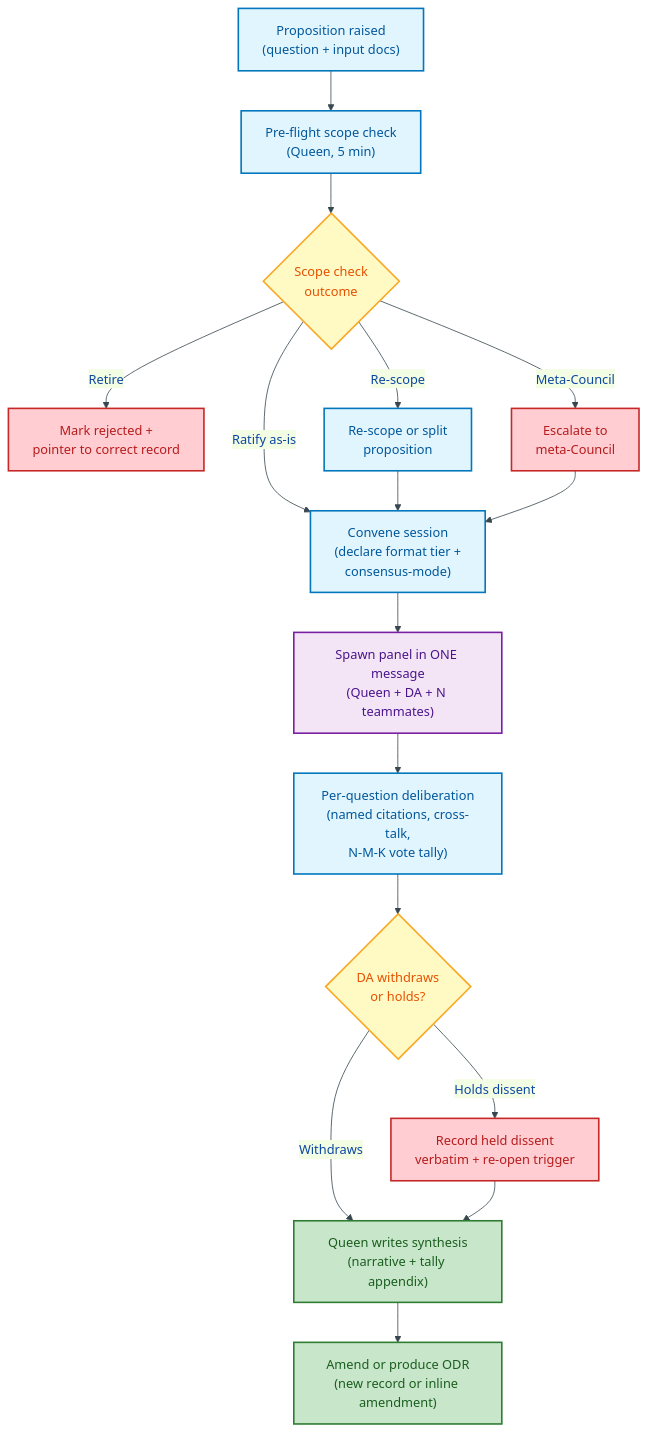
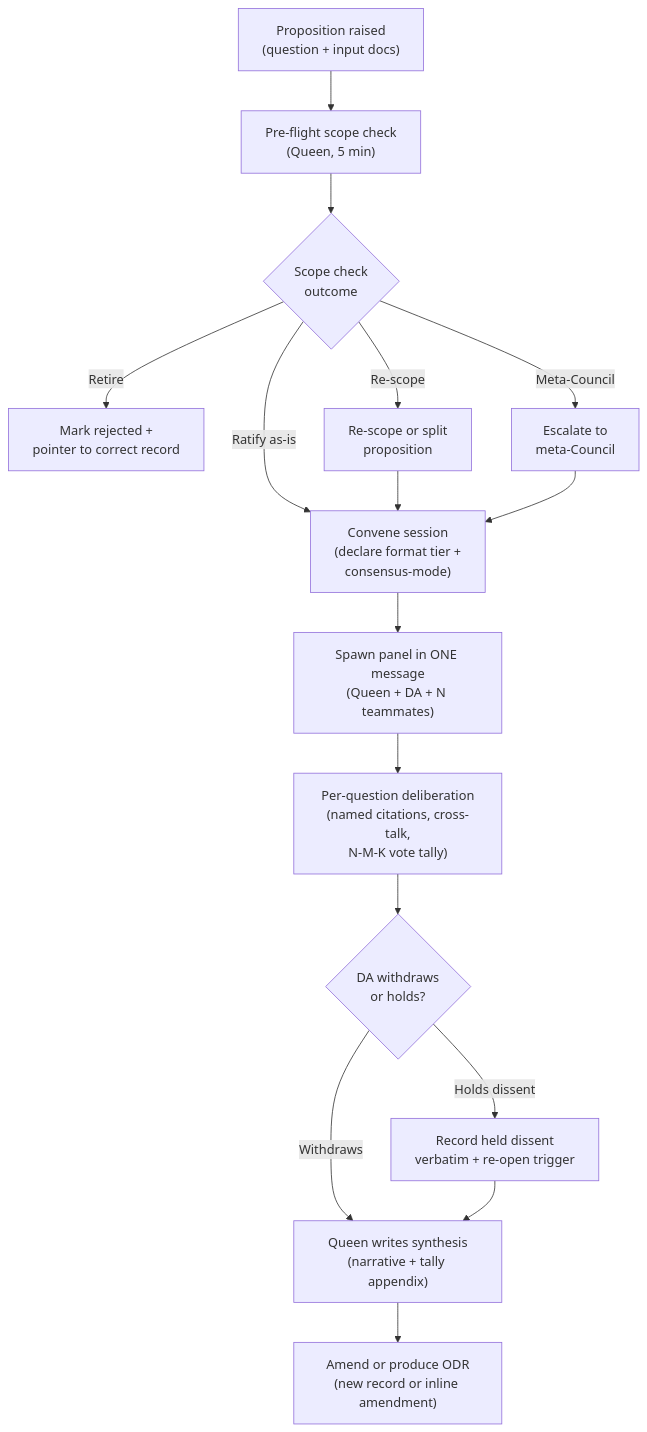
The first of 4 diagrams in docs/ontology/odr/ODR-0001-linked-data-council-methodology.md (sparkling/opda), drawn with Mermaid before and after one commit. The commit also changed other lines of this file and 25 other files, not shown here.

````diff
--- a/docs/ontology/odr/ODR-0001-linked-data-council-methodology.md
+++ b/docs/ontology/odr/ODR-0001-linked-data-council-methodology.md
@@ -36,42 +36,36 @@
 ```mermaid
-%%{init: {"theme": "base", "themeVariables": {"primaryColor": "#E3F2FD", "primaryTextColor": "#0D47A1", "primaryBorderColor": "#1565C0", "lineColor": "#37474F"}}}%%
 flowchart TD
     accTitle: ODR-0001 Council Session Protocol
     accDescr: Flowchart showing the full lifecycle of a Linked Data Council session from pre-flight scope check through to synthesis and ODR amendment
 
-    classDef process fill:#E1F5FE,stroke:#0277BD,stroke-width:2px,color:#01579B
-    classDef decision fill:#FFF9C4,stroke:#F9A825,stroke-width:2px,color:#E65100
-    classDef output fill:#C8E6C9,stroke:#2E7D32,stroke-width:2px,color:#1B5E20
-    classDef actor fill:#F3E5F5,stroke:#7B1FA2,stroke-width:2px,color:#4A148C
-    classDef warning fill:#FFCDD2,stroke:#C62828,stroke-width:2px,color:#B71C1C
 
     PROP["Proposition raised<br/>(question + input docs)"]:::process
     PF["Pre-flight scope check<br/>(Queen, 5 min)"]:::process
-    PF_OUT{Scope check<br/>outcome}:::decision
-    RETIRE["Mark rejected +<br/>pointer to correct record"]:::warning
+    PF_OUT{Scope check<br/>outcome}:::warning
+    RETIRE["Mark rejected +<br/>pointer to correct record"]:::error
     RESCOPE["Re-scope or split<br/>proposition"]:::process
-    META["Escalate to<br/>meta-Council"]:::warning
+    META["Escalate to<br/>meta-Council"]:::error
     CONVENE["Convene session<br/>(declare format tier +<br/>consensus-mode)"]:::process
-    SPAWN["Spawn panel in ONE message<br/>(Queen + DA + N teammates)"]:::actor
+    SPAWN["Spawn panel in ONE message<br/>(Queen + DA + N teammates)"]:::user
     DELIBERATE["Per-question deliberation<br/>(named citations, cross-talk,<br/>N-M-K vote tally)"]:::process
-    DA_CHECK{DA withdraws<br/>or holds?}:::decision
-    DA_HOLD["Record held dissent<br/>verbatim + re-open trigger"]:::warning
-    SYNTH["Queen writes synthesis<br/>(narrative + tally appendix)"]:::output
-    ODR_AMEND["Amend or produce ODR<br/>(new record or inline amendment)"]:::output
+    DA_CHECK{DA withdraws<br/>or holds?}:::warning
+    DA_HOLD["Record held dissent<br/>verbatim + re-open trigger"]:::error
+    SYNTH["Queen writes synthesis<br/>(narrative + tally appendix)"]:::success
+    ODR_AMEND["Amend or produce ODR<br/>(new record or inline amendment)"]:::success
 
     PROP --> PF
     PF --> PF_OUT
     PF_OUT -->|"Retire"| RETIRE
     PF_OUT -->|"Re-scope"| RESCOPE
     PF_OUT -->|"Meta-Council"| META
     PF_OUT -->|"Ratify as-is"| CONVENE
     RESCOPE --> CONVENE
     META --> CONVENE
     CONVENE --> SPAWN
     SPAWN --> DELIBERATE
     DELIBERATE --> DA_CHECK
     DA_CHECK -->|"Withdraws"| SYNTH
     DA_CHECK -->|"Holds dissent"| DA_HOLD
     DA_HOLD --> SYNTH
     SYNTH --> ODR_AMEND
 ```
````
